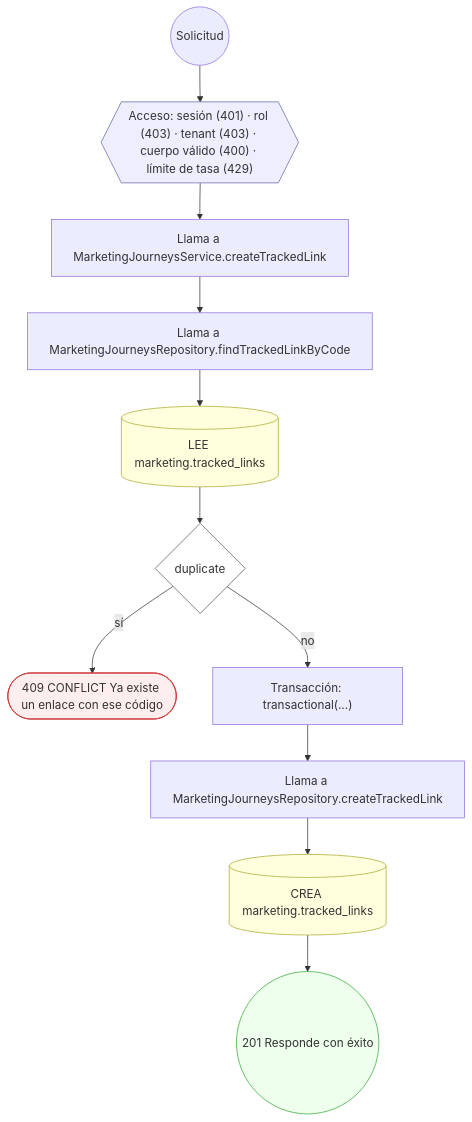
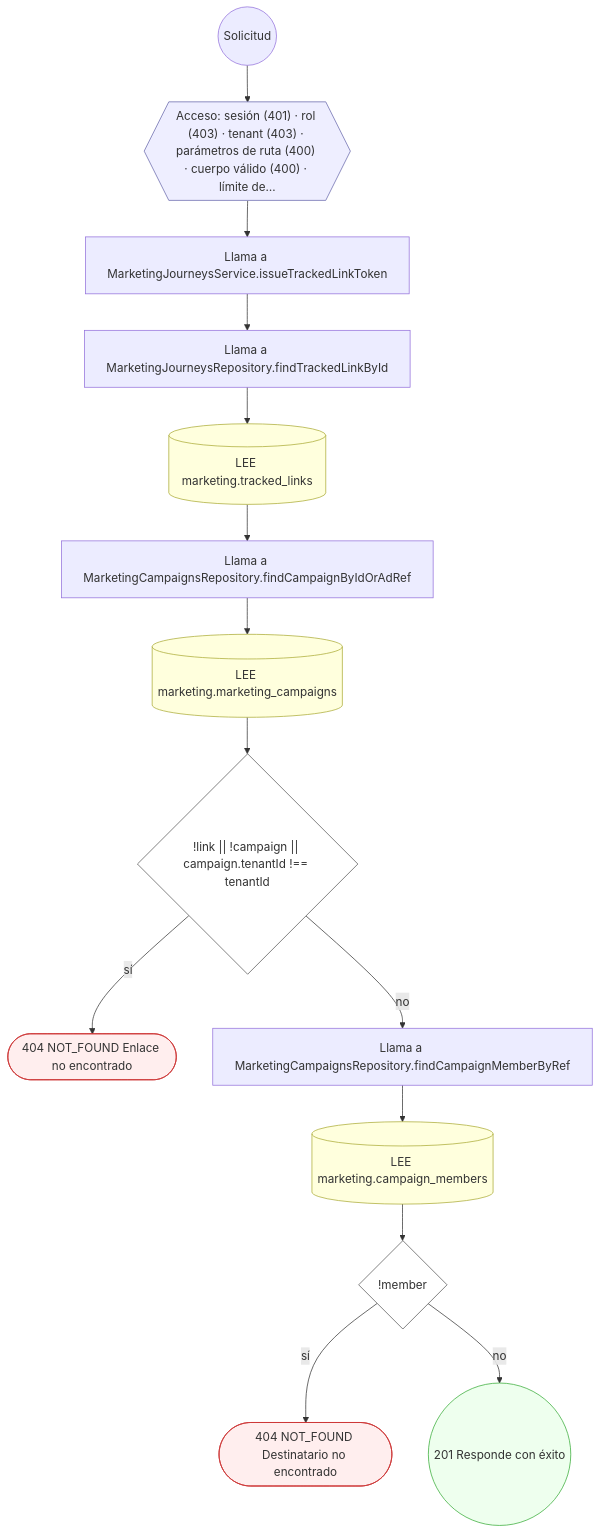
Diagram 15 of 16 in docs/inventario/flujos/marketing.md (mdavila-2001/mantra-core-health-api), drawn with Mermaid before and after one commit. The commit also changed other lines of this file and 438 other files, not shown here.

````diff
--- a/docs/inventario/flujos/marketing.md
+++ b/docs/inventario/flujos/marketing.md
@@ -951,30 +1046,36 @@
 ```mermaid
 flowchart TD
   n1(("Solicitud")):::inicio
-  n2{{"Acceso: sesión (401) · rol (403) · tenant (403) · cuerpo válido (400) · límite de tasa (429)"}}:::acceso
+  n2{{"Acceso: sesión (401) · rol (403) · tenant (403) · parámetros de ruta (400) · cuerpo válido (400) · límite de…"}}:::acceso
   n1 --> n2
-  n3["Llama a MarketingJourneysService.createTrackedLink"]:::llamada
+  n3["Llama a MarketingJourneysService.issueTrackedLinkToken"]:::llamada
   n2 --> n3
-  n4["Llama a MarketingJourneysRepository.findTrackedLinkByCode"]:::llamada
+  n4["Llama a MarketingJourneysRepository.findTrackedLinkById"]:::llamada
   n3 --> n4
   n5[("LEE marketing.tracked_links")]:::efecto
   n4 --> n5
-  n6{"duplicate"}:::decision
+  n6["Llama a MarketingCampaignsRepository.findCampaignByIdOrAdRef"]:::llamada
   n5 --> n6
-  n7(["409 CONFLICT Ya existe un enlace con ese código"]):::error
-  n6 -->|"sí"| n7
-  n8["Transacción: transactional(…)"]:::transaccion
-  n6 -->|"no"| n8
-  n9["Llama a MarketingJourneysRepository.createTrackedLink"]:::llamada
-  n8 --> n9
-  n10[("CREA marketing.tracked_links")]:::efecto
-  n9 --> n10
-  n11(("201 Responde con éxito")):::ok
+  n7[("LEE marketing.marketing_campaigns")]:::efecto
+  n6 --> n7
+  n8{"!link || !campaign || campaign.tenantId !== tenantId"}:::decision
+  n7 --> n8
+  n9(["404 NOT_FOUND Enlace no encontrado"]):::error
+  n8 -->|"sí"| n9
+  n10["Llama a MarketingCampaignsRepository.findCampaignMemberByRef"]:::llamada
+  n8 -->|"no"| n10
+  n11[("LEE marketing.campaign_members")]:::efecto
   n10 --> n11
+  n12{"!member"}:::decision
+  n11 --> n12
+  n13(["404 NOT_FOUND Destinatario no encontrado"]):::error
+  n12 -->|"sí"| n13
+  n14(("201 Responde con éxito")):::ok
+  n12 -->|"no"| n14
   classDef acceso fill:#eef,stroke:#66a
   classDef error fill:#fee,stroke:#c33
   classDef ok fill:#efe,stroke:#3a3
   classDef efecto fill:#ffd,stroke:#aa3
   classDef decision fill:#fff,stroke:#555
   classDef corte fill:#eee,stroke:#999,stroke-dasharray: 4
 ```
````
